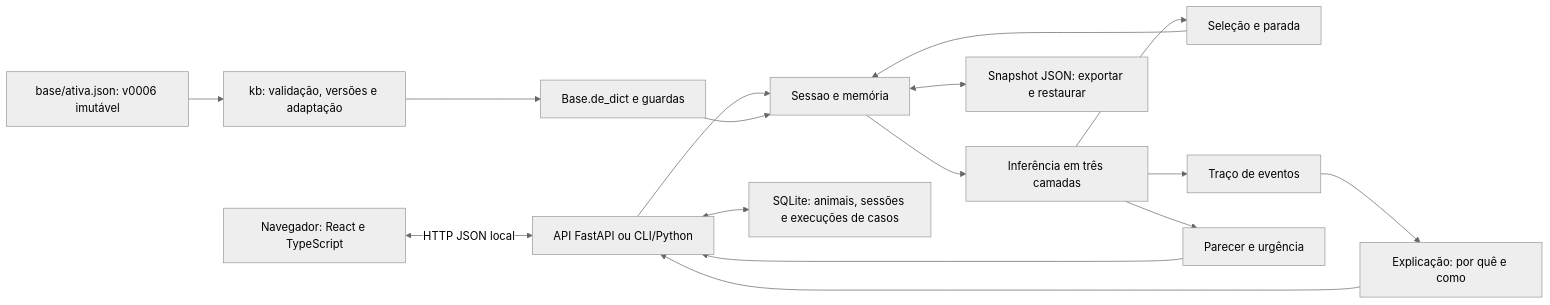
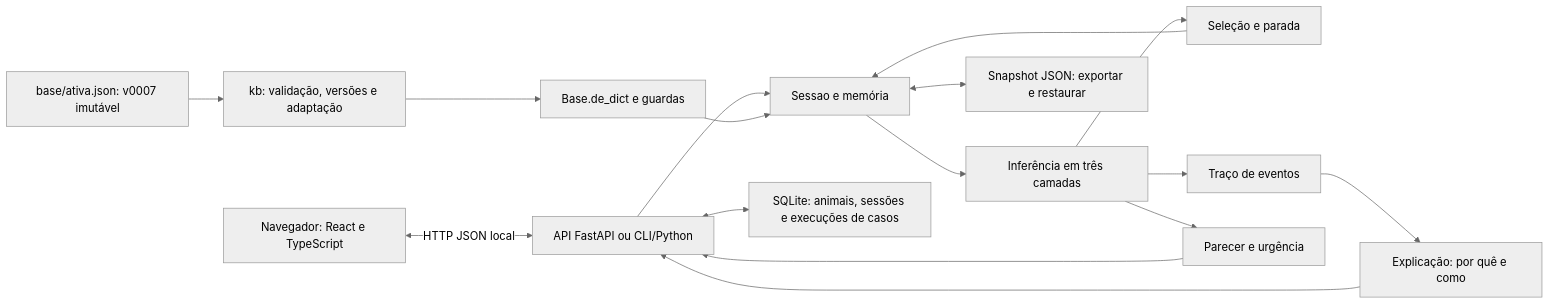
The diagram in docs/entrega/02-arquitetura.md (Caio-Augusto-Paiva/HackAthon), drawn with Mermaid (neutral theme) before and after one commit. The commit also changed other lines of this file and 23 other files, not shown here.

````diff
--- a/docs/entrega/02-arquitetura.md
+++ b/docs/entrega/02-arquitetura.md
@@ -7,18 +7,18 @@
 ```mermaid
 flowchart LR
     W[Navegador: React e TypeScript] <-->|HTTP JSON local| C
-    J[base/ativa.json: v0006 imutável] --> K[kb: validação, versões e adaptação]
+    J[base/ativa.json: v0007 imutável] --> K[kb: validação, versões e adaptação]
     K --> V[Base.de_dict e guardas]
     C[API FastAPI ou CLI/Python] --> S[Sessao e memória]
     V --> S
     S --> I[Inferência em três camadas]
     I --> Q[Seleção e parada]
     Q --> S
     I --> T[Traço de eventos]
     T --> E[Explicação: por quê e como]
     I --> P[Parecer e urgência]
     E --> C
     P --> C
     S <--> R[Snapshot JSON: exportar e restaurar]
     C <--> D[SQLite: animais, sessões e execuções de casos]
 ```
````
